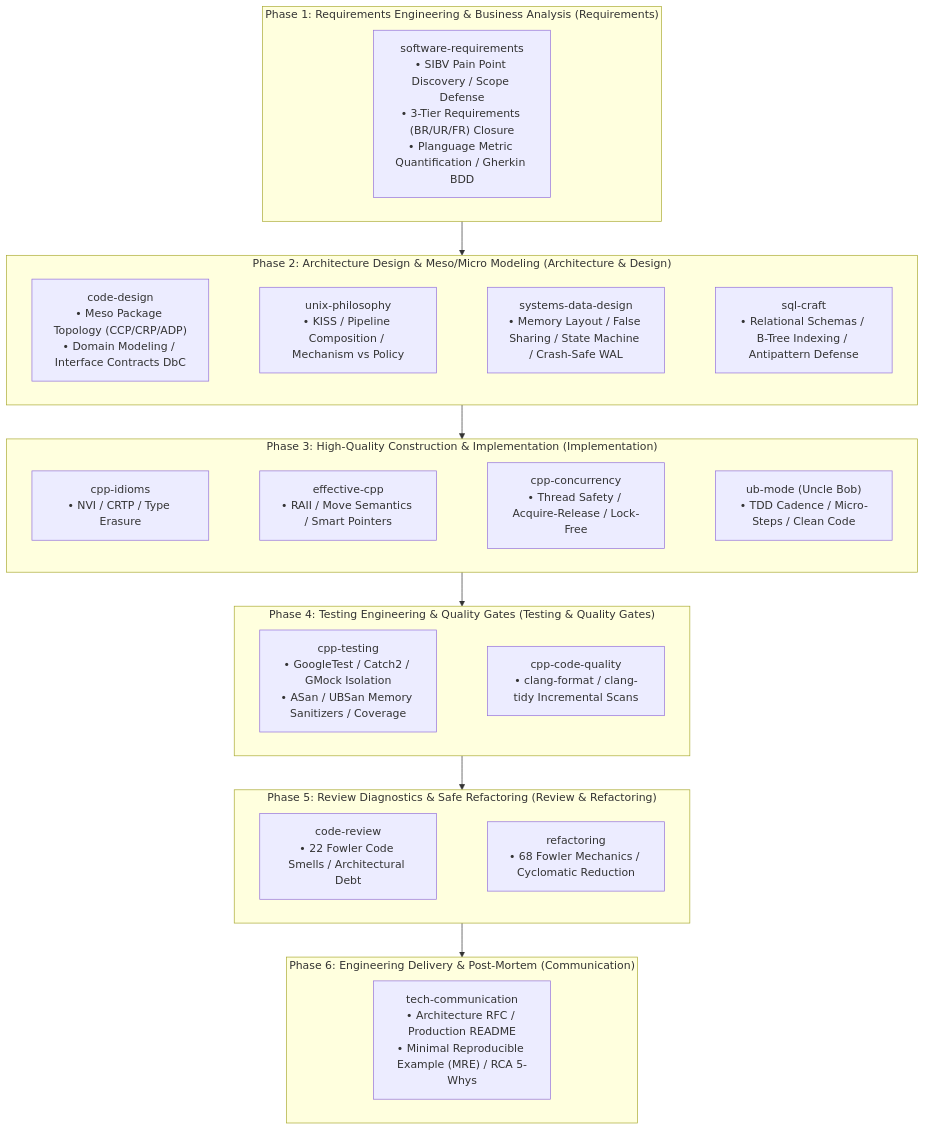
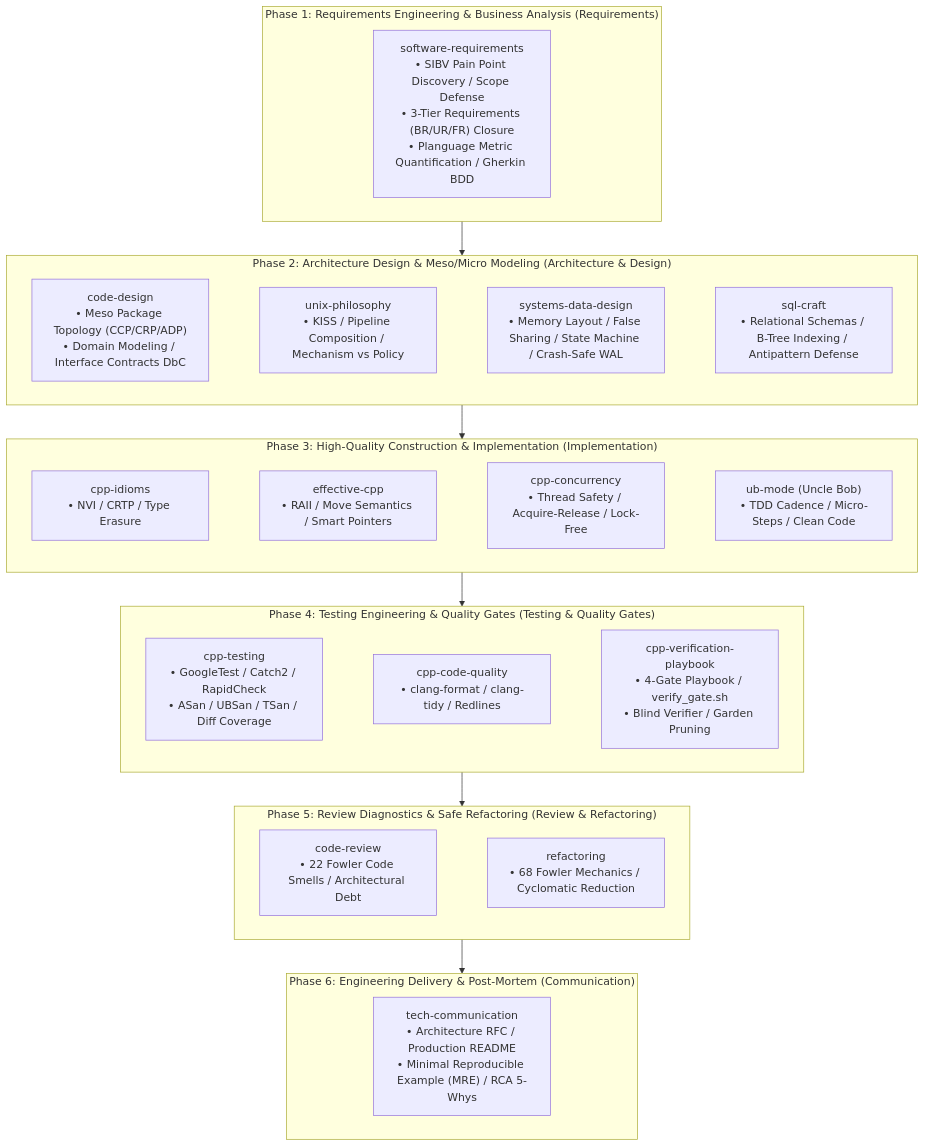
One commit to lilucpp/code-craft changed the second of 2 diagrams in README_EN.md. Above: the diagram before and after it, drawn with Mermaid. The commit also changed other lines of this file and 10 other files, not shown here.

First line of the commit message:
feat(playbook,lint): add verify_gate, clang-analyzer, and bounds/fs redline gates

````diff
--- a/README_EN.md
+++ b/README_EN.md
@@ -71,50 +73,51 @@
 ```mermaid
 flowchart TD
     subgraph S1 ["Phase 1: Requirements Engineering & Business Analysis (Requirements)"]
         direction LR
         REQ["software-requirements<br>• SIBV Pain Point Discovery / Scope Defense<br>• 3-Tier Requirements (BR/UR/FR) Closure<br>• Planguage Metric Quantification / Gherkin BDD"]
     end
 
     subgraph S2 ["Phase 2: Architecture Design & Meso/Micro Modeling (Architecture & Design)"]
         direction LR
         DIR["code-design<br>• Meso Package Topology (CCP/CRP/ADP)<br>• Domain Modeling / Interface Contracts DbC"]
         UNIX["unix-philosophy<br>• KISS / Pipeline Composition / Mechanism vs Policy"]
         DATA["systems-data-design<br>• Memory Layout / False Sharing / State Machine / Crash-Safe WAL"]
         SQL["sql-craft<br>• Relational Schemas / B-Tree Indexing / Antipattern Defense"]
         DIR ~~~ UNIX ~~~ DATA ~~~ SQL
     end
 
     subgraph S3 ["Phase 3: High-Quality Construction & Implementation (Implementation)"]
         direction LR
         CPP_IDIOM["cpp-idioms<br>• NVI / CRTP / Type Erasure"]
         EFF_CPP["effective-cpp<br>• RAII / Move Semantics / Smart Pointers"]
         CONCURRENCY["cpp-concurrency<br>• Thread Safety / Acquire-Release / Lock-Free"]
         UB["ub-mode (Uncle Bob)<br>• TDD Cadence / Micro-Steps / Clean Code"]
         CPP_IDIOM ~~~ EFF_CPP ~~~ CONCURRENCY ~~~ UB
     end
 
     subgraph S4 ["Phase 4: Testing Engineering & Quality Gates (Testing & Quality Gates)"]
         direction LR
-        TEST["cpp-testing<br>• GoogleTest / Catch2 / GMock Isolation<br>• ASan / UBSan Memory Sanitizers / Coverage"]
-        QUALITY["cpp-code-quality<br>• clang-format / clang-tidy Incremental Scans"]
-        TEST ~~~ QUALITY
+        TEST["cpp-testing<br>• GoogleTest / Catch2 / RapidCheck<br>• ASan / UBSan / TSan / Diff Coverage"]
+        QUALITY["cpp-code-quality<br>• clang-format / clang-tidy / Redlines"]
+        PLAYBOOK["cpp-verification-playbook<br>• 4-Gate Playbook / verify_gate.sh<br>• Blind Verifier / Garden Pruning"]
+        TEST ~~~ QUALITY ~~~ PLAYBOOK
     end
 
     subgraph S5 ["Phase 5: Review Diagnostics & Safe Refactoring (Review & Refactoring)"]
         direction LR
         REVIEW["code-review<br>• 22 Fowler Code Smells / Architectural Debt"]
         REFACTOR["refactoring<br>• 68 Fowler Mechanics / Cyclomatic Reduction"]
         REVIEW ~~~ REFACTOR
     end
 
     subgraph S6 ["Phase 6: Engineering Delivery & Post-Mortem (Communication)"]
         direction LR
         COMM["tech-communication<br>• Architecture RFC / Production README<br>• Minimal Reproducible Example (MRE) / RCA 5-Whys"]
     end
 
     S1 --> S2
     S2 --> S3
     S3 --> S4
     S4 --> S5
     S5 --> S6
 ```
````
